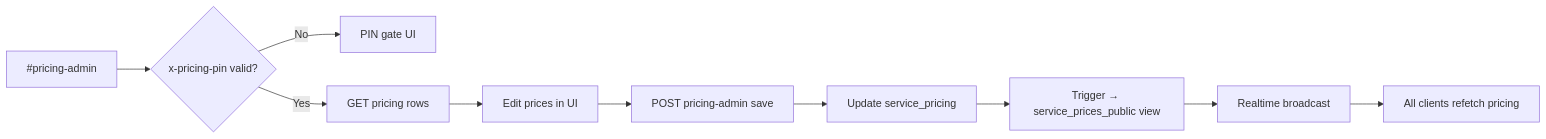
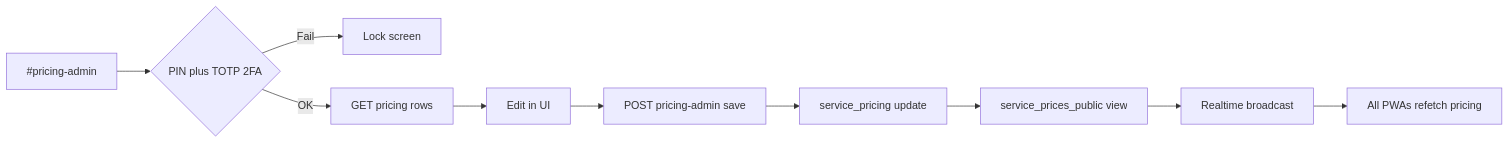
The seventh of 7 diagrams in docs/APP-DATA-FLOW.md (scanversecorp/scanverse), drawn with Mermaid before and after one commit. The commit also changed other lines of this file and 14 other files, not shown here.

First line of the commit message:
Update architecture and data-flow diagrams for v5.5.3.

````diff
--- a/docs/APP-DATA-FLOW.md
+++ b/docs/APP-DATA-FLOW.md
@@ -173,12 +208,12 @@
 ```mermaid
 flowchart LR
-    A["#pricing-admin"] --> B{"x-pricing-pin valid?"}
-    B -->|No| C["PIN gate UI"]
-    B -->|Yes| D["GET pricing rows"]
-    D --> E["Edit prices in UI"]
+    A["#pricing-admin"] --> B{"PIN plus TOTP 2FA"}
+    B -->|Fail| C["Lock screen"]
+    B -->|OK| D["GET pricing rows"]
+    D --> E["Edit in UI"]
     E --> F["POST pricing-admin save"]
-    F --> G["Update service_pricing"]
-    G --> H["Trigger → service_prices_public view"]
+    F --> G["service_pricing update"]
+    G --> H["service_prices_public view"]
     H --> I["Realtime broadcast"]
-    I --> J["All clients refetch pricing"]
+    I --> J["All PWAs refetch pricing"]
 ```
````
